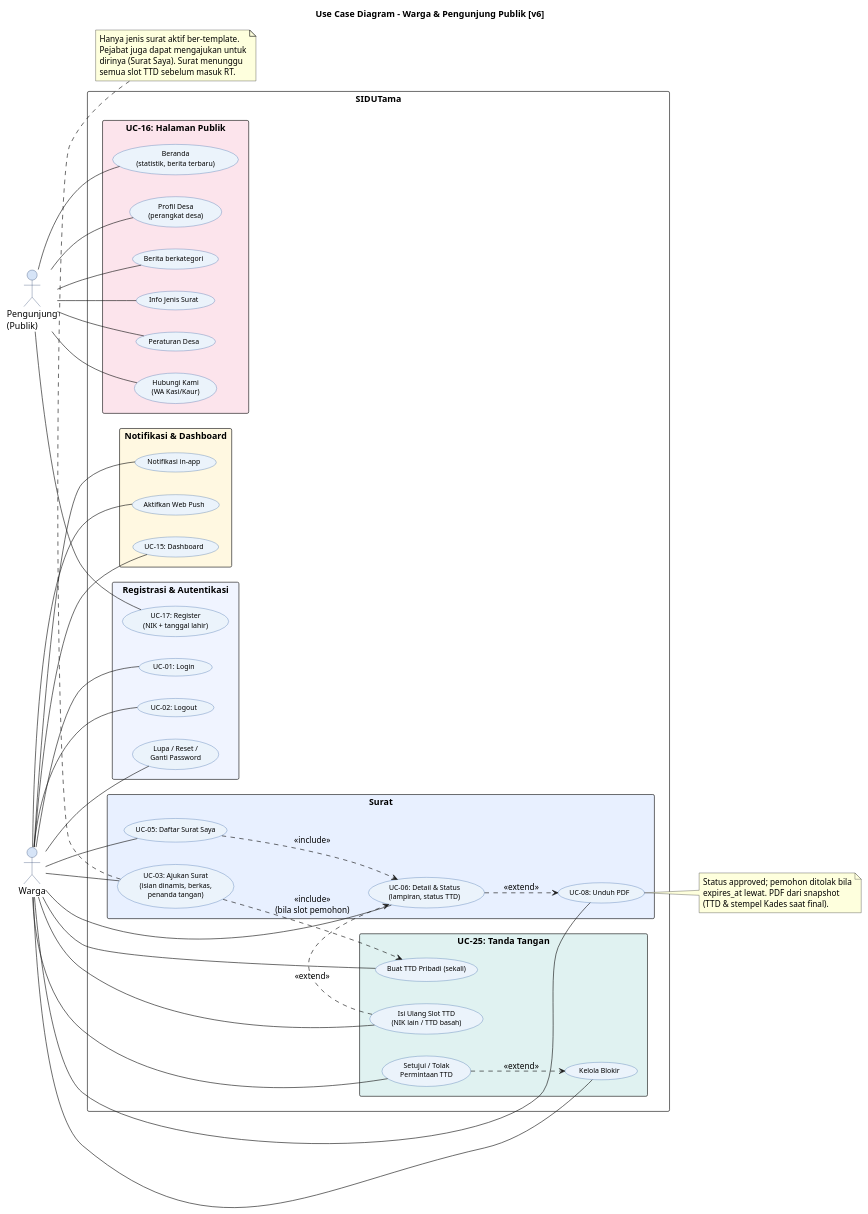
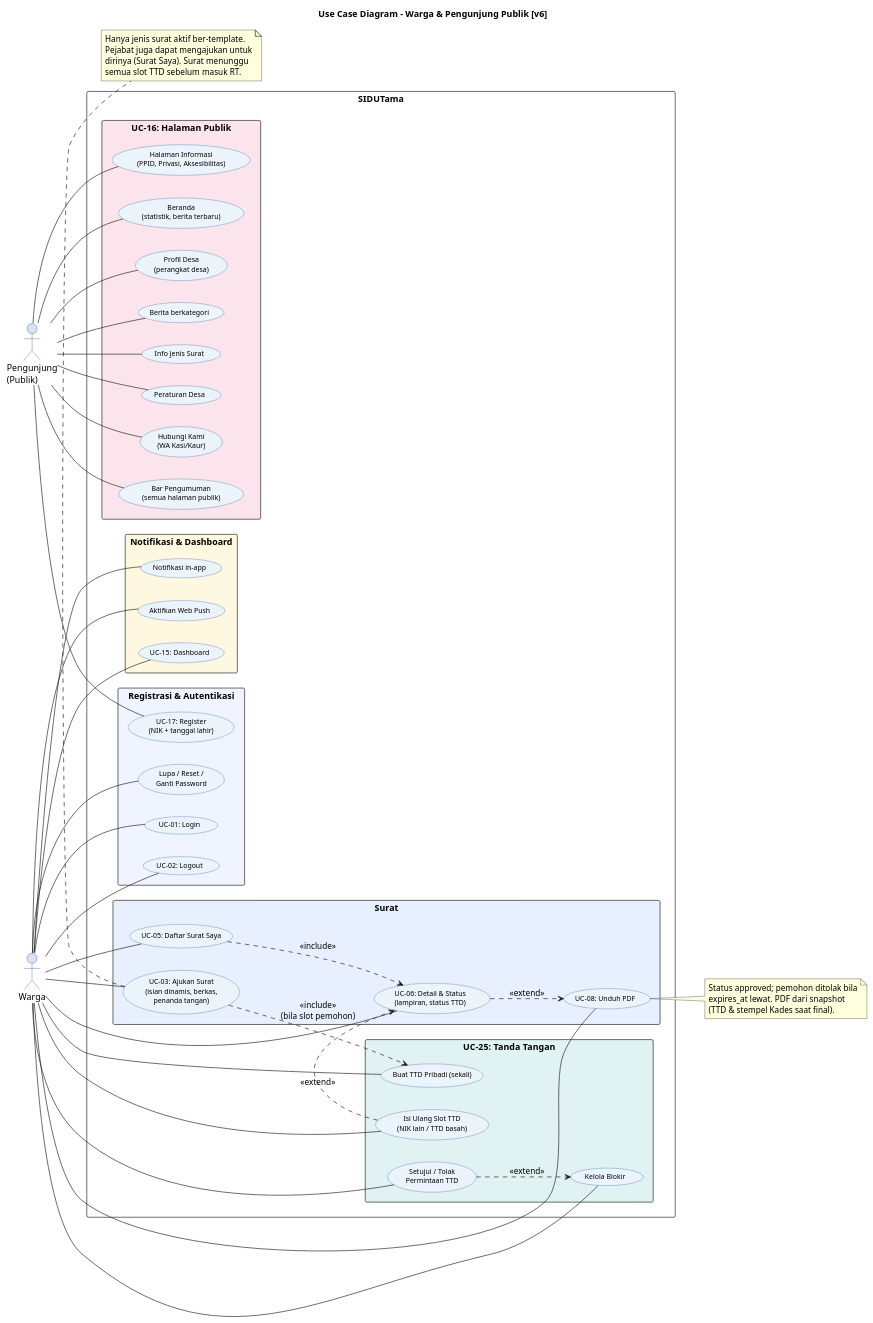
One commit to Vextronode/sid-app changed the diagram in docs/diagram/code/usecase/01_UC_Warga_v6.puml. Above: the diagram before and after it, drawn with PlantUML. The commit also changed 115 other files, not shown here.

```diff
--- a/docs/diagram/code/usecase/01_UC_Warga_v6.puml
+++ b/docs/diagram/code/usecase/01_UC_Warga_v6.puml
@@ -9,94 +9,98 @@
 @startuml UC_Warga_v6
 left to right direction
 skinparam packageStyle rectangle
 skinparam backgroundColor #FFFFFF
 skinparam usecase {
   BackgroundColor #EBF3FB
   BorderColor #2E5FA3
   FontName Arial
   FontSize 11
 }
 skinparam actor {
   BackgroundColor #D6E4F7
   BorderColor #1F3864
   FontName Arial
 }
 title Use Case Diagram - Warga & Pengunjung Publik [v6]
 
 actor "Warga" as WRG
 actor "Pengunjung\n(Publik)" as PUB
 
 rectangle "SIDUTama" {
   rectangle "Registrasi & Autentikasi" #F0F4FF {
     usecase "UC-17: Register\n(NIK + tanggal lahir)" as UC_REG
     usecase "UC-01: Login" as UC_LOGIN
     usecase "UC-02: Logout" as UC_LOGOUT
     usecase "Lupa / Reset /\nGanti Password" as UC_PWD
   }
   rectangle "UC-16: Halaman Publik" #FCE4EC {
     usecase "Beranda\n(statistik, berita terbaru)" as UC_P1
     usecase "Profil Desa\n(perangkat desa)" as UC_P2
     usecase "Berita berkategori" as UC_P3
     usecase "Info Jenis Surat" as UC_P4
     usecase "Peraturan Desa" as UC_P5
     usecase "Hubungi Kami\n(WA Kasi/Kaur)" as UC_P6
+    usecase "Bar Pengumuman\n(semua halaman publik)" as UC_P7
+    usecase "Halaman Informasi\n(PPID, Privasi, Aksesibilitas)" as UC_P8
   }
   rectangle "Surat" #E8F0FF {
     usecase "UC-03: Ajukan Surat\n(isian dinamis, berkas,\npenanda tangan)" as UC_SUBMIT
     usecase "UC-05: Daftar Surat Saya" as UC_LIST
     usecase "UC-06: Detail & Status\n(lampiran, status TTD)" as UC_DETAIL
     usecase "UC-08: Unduh PDF" as UC_DL
   }
   rectangle "UC-25: Tanda Tangan" #E0F2F1 {
     usecase "Buat TTD Pribadi (sekali)" as UC_SIG
     usecase "Setujui / Tolak\nPermintaan TTD" as UC_SIGREQ
     usecase "Isi Ulang Slot TTD\n(NIK lain / TTD basah)" as UC_REFILL
     usecase "Kelola Blokir" as UC_BLOCK
   }
   rectangle "Notifikasi & Dashboard" #FFF8E1 {
     usecase "Notifikasi in-app" as UC_NOTIF
     usecase "Aktifkan Web Push" as UC_PUSH
     usecase "UC-15: Dashboard" as UC_DASH
   }
 }
 
 PUB -- UC_P1
 PUB -- UC_P2
 PUB -- UC_P3
 PUB -- UC_P4
 PUB -- UC_P5
 PUB -- UC_P6
+PUB -- UC_P7
+PUB -- UC_P8
 PUB -- UC_REG
 WRG -- UC_LOGIN
 WRG -- UC_LOGOUT
 WRG -- UC_PWD
 WRG -- UC_SUBMIT
 WRG -- UC_LIST
 WRG -- UC_DETAIL
 WRG -- UC_DL
 WRG -- UC_SIG
 WRG -- UC_SIGREQ
 WRG -- UC_REFILL
 WRG -- UC_BLOCK
 WRG -- UC_NOTIF
 WRG -- UC_PUSH
 WRG -- UC_DASH
 
 UC_SUBMIT ..> UC_SIG : <<include>>\n(bila slot pemohon)
 UC_REFILL ..> UC_DETAIL : <<extend>>
 UC_LIST ..> UC_DETAIL : <<include>>
 UC_DETAIL ..> UC_DL : <<extend>>
 UC_SIGREQ ..> UC_BLOCK : <<extend>>
 
 note bottom of UC_SUBMIT
   Hanya jenis surat aktif ber-template.
   Pejabat juga dapat mengajukan untuk
   dirinya (Surat Saya). Surat menunggu
   semua slot TTD sebelum masuk RT.
 end note
 note right of UC_DL
   Status approved; pemohon ditolak bila
   expires_at lewat. PDF dari snapshot
   (TTD & stempel Kades saat final).
 end note
 @enduml
```
